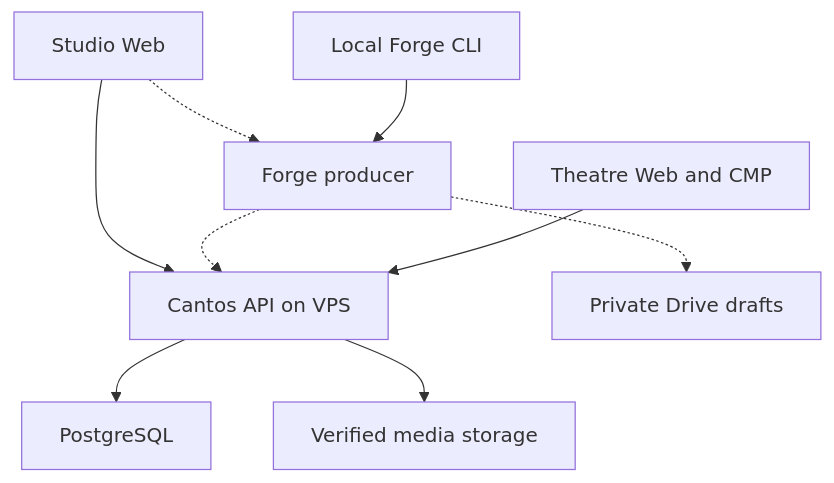
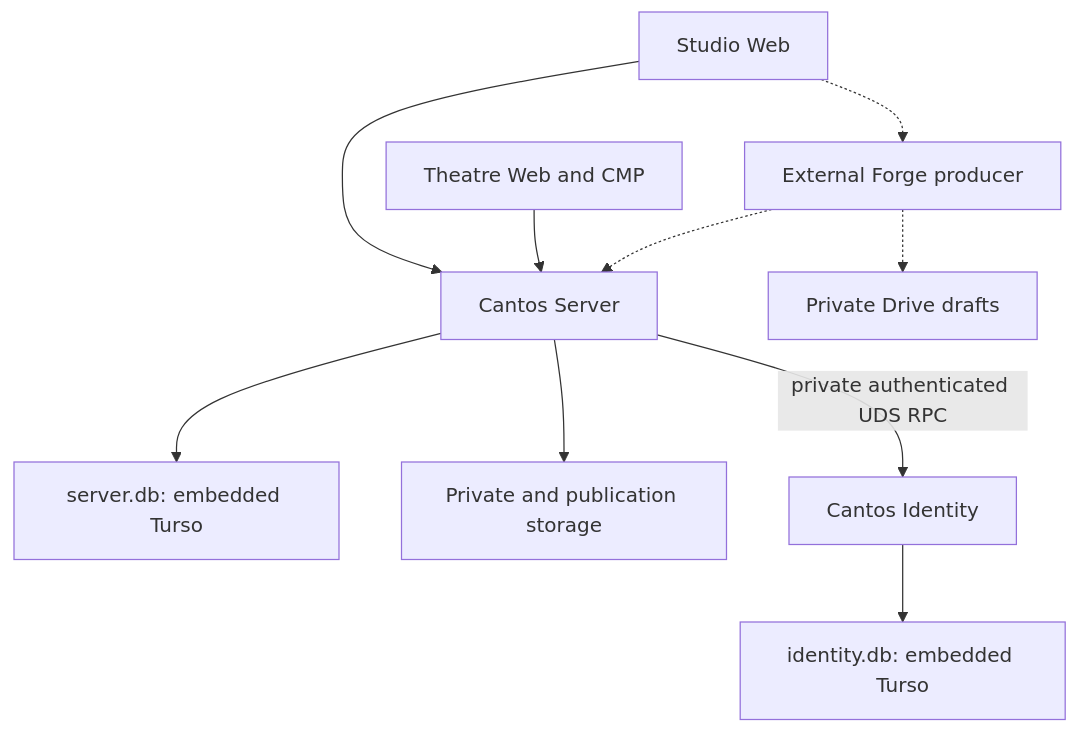
The diagram in docs/architecture/overview.md (loveoverflowcom/cantos), drawn with Mermaid before and after one commit. The commit also changed other lines of this file and 89 other files, not shown here.

````diff
--- a/docs/architecture/overview.md
+++ b/docs/architecture/overview.md
@@ -9,11 +9,12 @@
 ```mermaid
 flowchart TD
-  Studio["Studio Web"] --> API["Cantos API on VPS"]
-  Studio -.-> Forge["Forge producer"]
-  CLI["Local Forge CLI"] --> Forge
-  Forge -.-> Drive["Private Drive drafts"]
-  Forge -.-> API
-  API --> PG["PostgreSQL"]
-  API --> Objects["Verified media storage"]
-  Theatre["Theatre Web and CMP"] --> API
+  Studio[Studio Web] --> Server[Cantos Server]
+  Theatre[Theatre Web and CMP] --> Server
+  Server --> DB[server.db: embedded Turso]
+  Server --> Objects[Private and publication storage]
+  Server -->|private authenticated UDS RPC| Identity[Cantos Identity]
+  Identity --> IDB[identity.db: embedded Turso]
+  Studio -.-> Forge[External Forge producer]
+  Forge -.-> Drive[Private Drive drafts]
+  Forge -.-> Server
 ```
````
